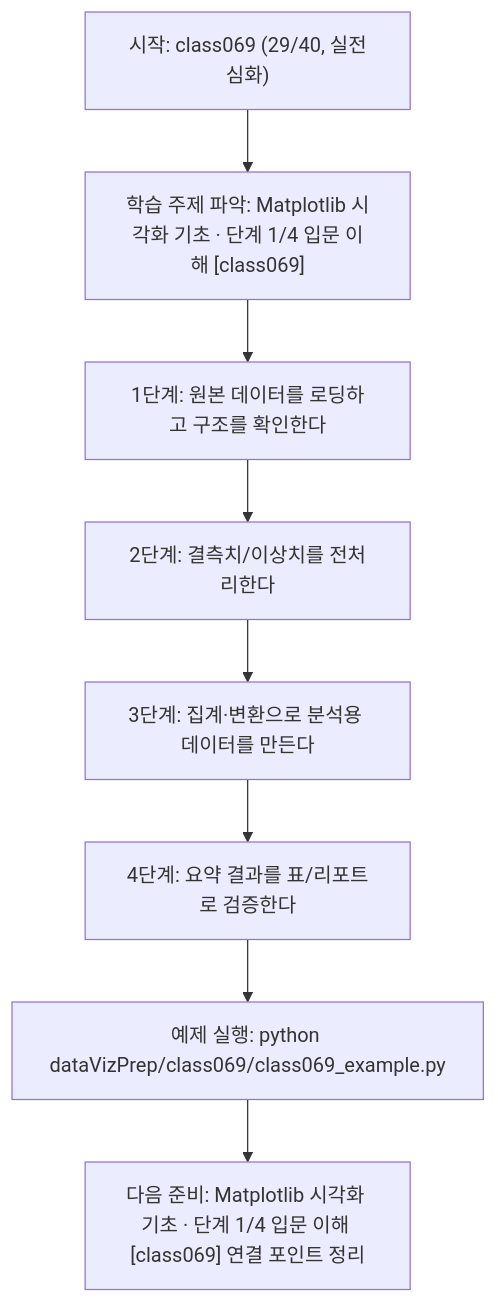
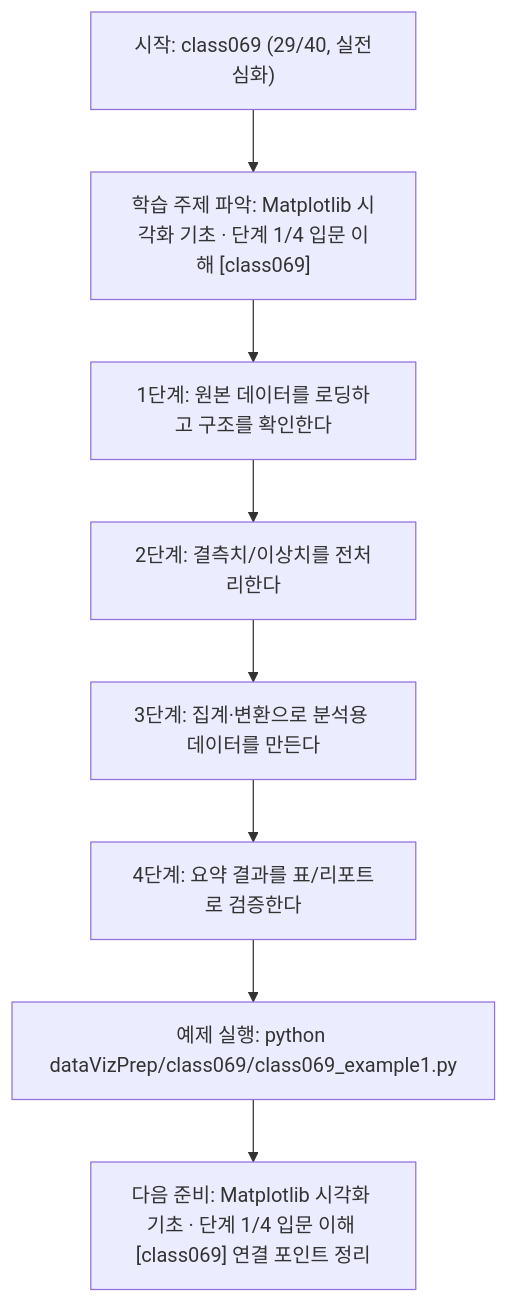
The diagram in dataVizPrep/class069/class069.md (edumgt/Python-AI_Agent-Class), drawn with Mermaid before and after one commit. The commit also changed other lines of this file and 2959 other files, not shown here.

````diff
--- a/dataVizPrep/class069/class069.md
+++ b/dataVizPrep/class069/class069.md
@@ -111,18 +111,18 @@
 ```mermaid
 flowchart TD
 N1["시작: class069 (29/40, 실전심화)"]
 N2["학습 주제 파악: Matplotlib 시각화 기초 · 단계 1/4 입문 이해 [class069]"]
 N3["1단계: 원본 데이터를 로딩하고 구조를 확인한다"]
 N4["2단계: 결측치/이상치를 전처리한다"]
 N5["3단계: 집계·변환으로 분석용 데이터를 만든다"]
 N6["4단계: 요약 결과를 표/리포트로 검증한다"]
-N7["예제 실행: python dataVizPrep/class069/class069_example.py"]
+N7["예제 실행: python dataVizPrep/class069/class069_example1.py"]
 N8["다음 준비: Matplotlib 시각화 기초 · 단계 1/4 입문 이해 [class069] 연결 포인트 정리"]
 N1 --> N2
 N2 --> N3
 N3 --> N4
 N4 --> N5
 N5 --> N6
 N6 --> N7
 N7 --> N8
 ```
````
